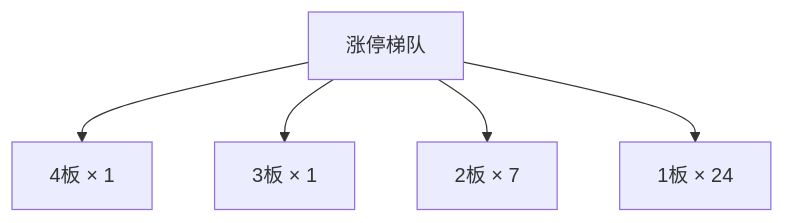
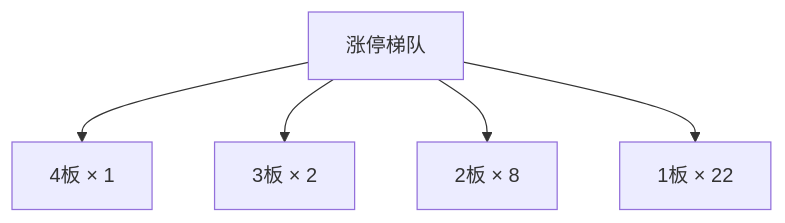
One commit to chenyang1999/chzl-kg changed the second of 3 diagrams in content/投研交易/盘中分析/20261116.md. Above: the diagram before and after it, drawn with Mermaid. The commit also changed other lines of this file, not shown here.

````diff
--- a/content/投研交易/盘中分析/20261116.md
+++ b/content/投研交易/盘中分析/20261116.md
@@ -66,12 +69,12 @@
 ```mermaid
 flowchart TD
     B_0["4板 × 1"]
-    B_1["3板 × 1"]
-    B_2["2板 × 7"]
-    B_3["1板 × 24"]
+    B_1["3板 × 2"]
+    B_2["2板 × 8"]
+    B_3["1板 × 22"]
     ROOT["涨停梯队"]
     ROOT --> B_0
     ROOT --> B_1
     ROOT --> B_2
     ROOT --> B_3
 ```
````
